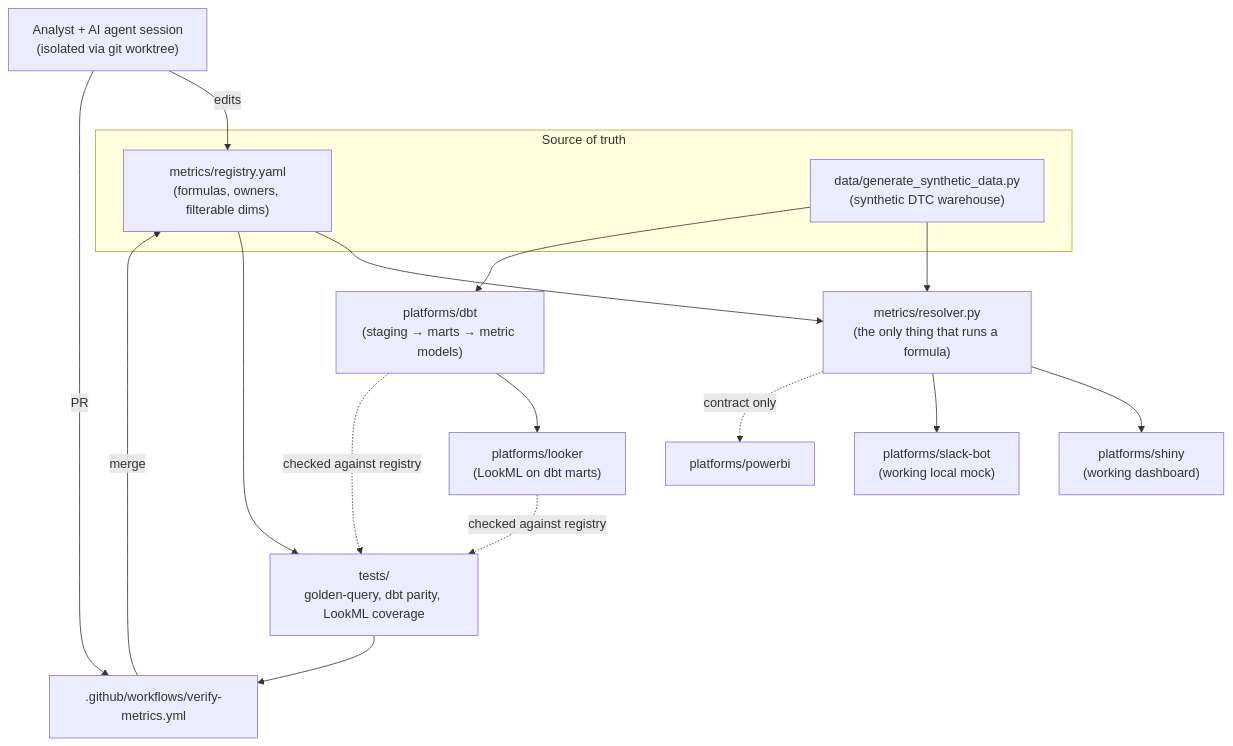
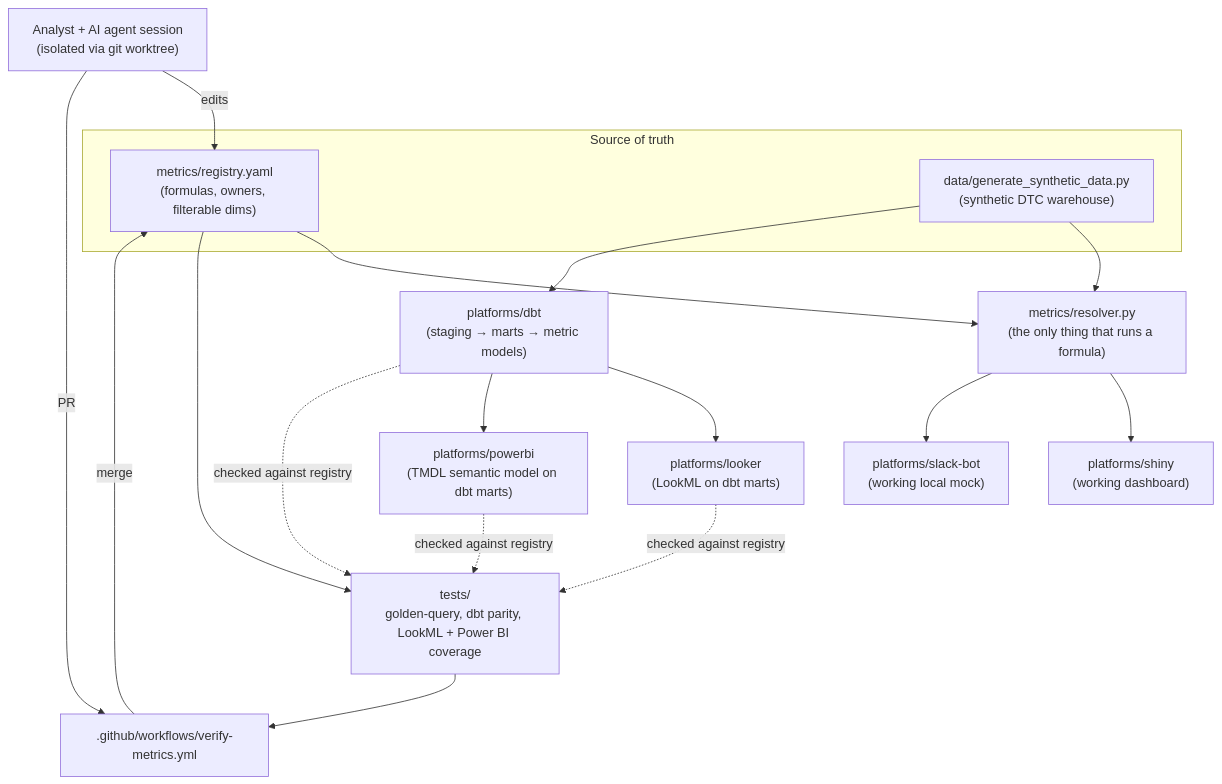
Before and after one commit to davidayala16/bi-framework: the diagram in docs/ARCHITECTURE.md, drawn with Mermaid. The commit also changed other lines of this file and 31 other files, not shown here.

First line of the commit message:
Add working Power BI layer: PBIP project with a TMDL semantic model

````diff
--- a/docs/ARCHITECTURE.md
+++ b/docs/ARCHITECTURE.md
@@ -11,31 +11,33 @@
 ```mermaid
 flowchart TD
     subgraph Source of truth
         REG["metrics/registry.yaml<br/>(formulas, owners, filterable dims)"]
         DATA["data/generate_synthetic_data.py<br/>(synthetic DTC warehouse)"]
     end
 
     RES["metrics/resolver.py<br/>(the only thing that runs a formula)"]
 
     REG --> RES
     DATA --> RES
 
     RES --> SHINY["platforms/shiny<br/>(working dashboard)"]
     RES --> SLACK["platforms/slack-bot<br/>(working local mock)"]
-    RES -.contract only.-> PBI["platforms/powerbi"]
 
     DBT["platforms/dbt<br/>(staging → marts → metric models)"]
     LOOKER["platforms/looker<br/>(LookML on dbt marts)"]
+    PBI["platforms/powerbi<br/>(TMDL semantic model on dbt marts)"]
     DATA --> DBT --> LOOKER
+    DBT --> PBI
 
-    TESTS["tests/<br/>golden-query, dbt parity, LookML coverage"]
+    TESTS["tests/<br/>golden-query, dbt parity, LookML + Power BI coverage"]
     CI[".github/workflows/verify-metrics.yml"]
     REG --> TESTS --> CI
     DBT -.checked against registry.-> TESTS
     LOOKER -.checked against registry.-> TESTS
+    PBI -.checked against registry.-> TESTS
 
     ANALYST["Analyst + AI agent session<br/>(isolated via git worktree)"]
     ANALYST -- edits --> REG
     ANALYST -- PR --> CI
     CI -- merge --> REG
 ```
````
